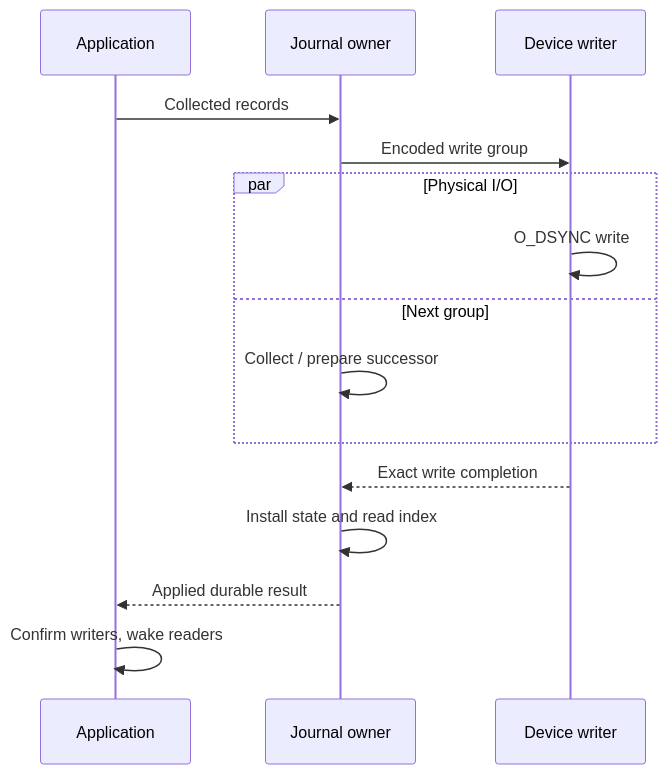
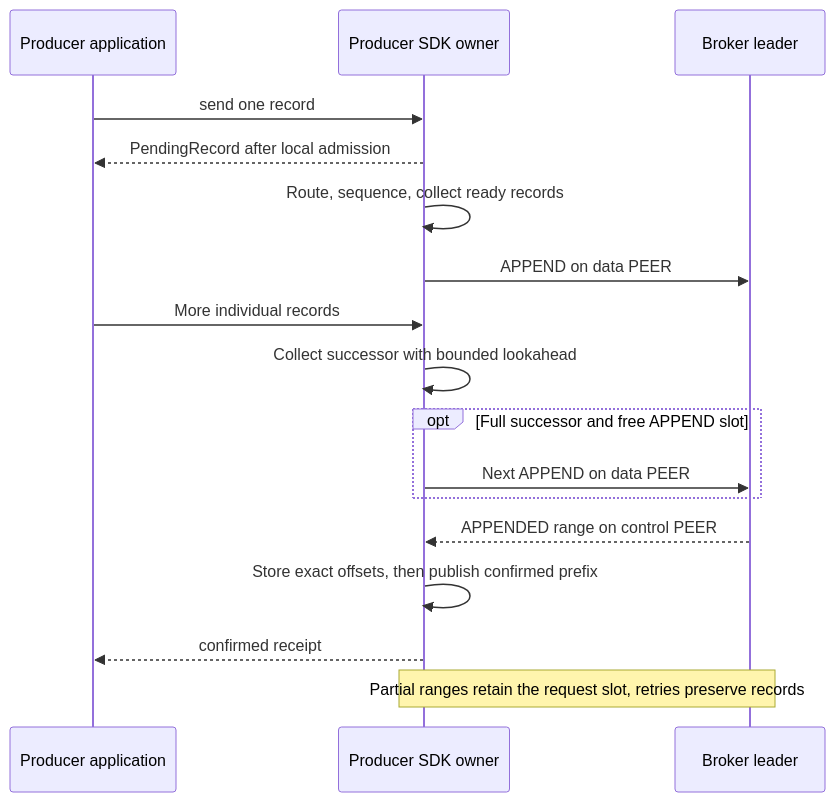
One commit to paddor/ozzy changed the second of 3 diagrams in doc/RUNTIME.md. Above: the diagram before and after it, drawn with Mermaid. The commit also changed other lines of this file and 518 other files, not shown here.

First line of the commit message:
Bound broker and SDK flow control

````diff
--- a/doc/RUNTIME.md
+++ b/doc/RUNTIME.md
@@ -414,17 +133,19 @@
 ```mermaid
 sequenceDiagram
-    participant A as Application
-    participant J as Journal owner
-    participant W as Device writer
-    A->>J: Collected records
-    J->>W: Encoded write group
-    par Physical I/O
-        W->>W: O_DSYNC write
-    and Next group
-        J->>J: Collect / prepare successor
+    participant A as Producer application
+    participant W as Producer SDK owner
+    participant B as Broker leader
+    A->>W: send one record
+    W-->>A: PendingRecord after local admission
+    W->>W: Route, sequence, collect ready records
+    W->>B: APPEND on data PEER
+    A->>W: More individual records
+    W->>W: Collect successor with bounded lookahead
+    opt Full successor and free APPEND slot
+        W->>B: Next APPEND on data PEER
     end
-    W-->>J: Exact write completion
-    J->>J: Install state and read index
-    J-->>A: Applied durable result
-    A->>A: Confirm writers, wake readers
+    B-->>W: APPENDED range on control PEER
+    W->>W: Store exact offsets, then publish confirmed prefix
+    W-->>A: confirmed receipt
+    Note over W,B: Partial ranges retain the request slot, retries preserve records
 ```
````
